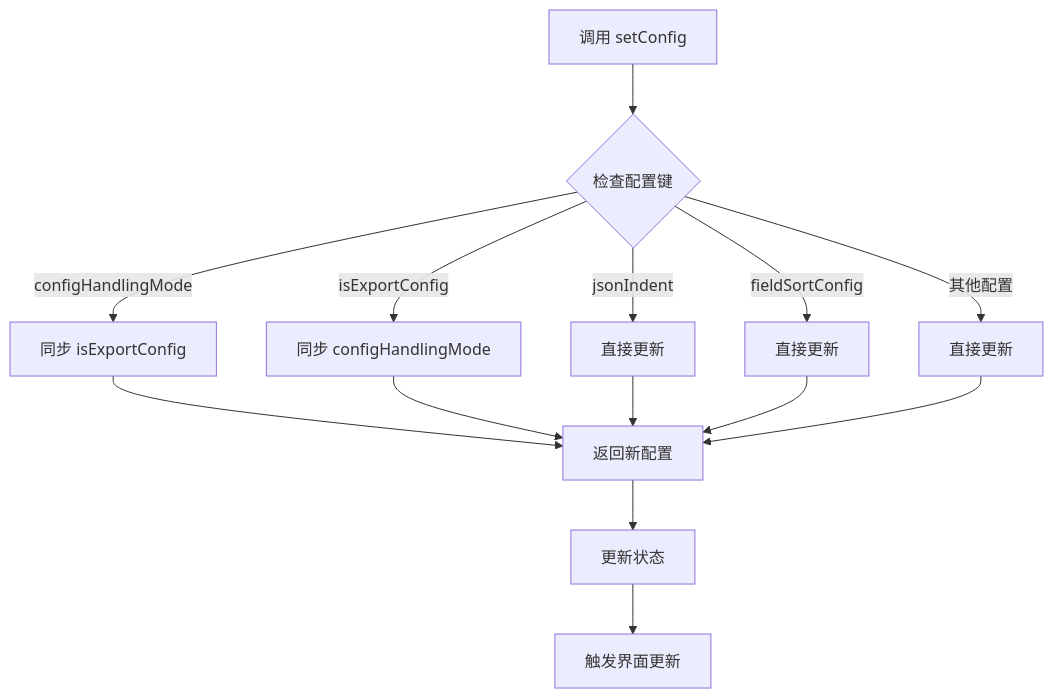
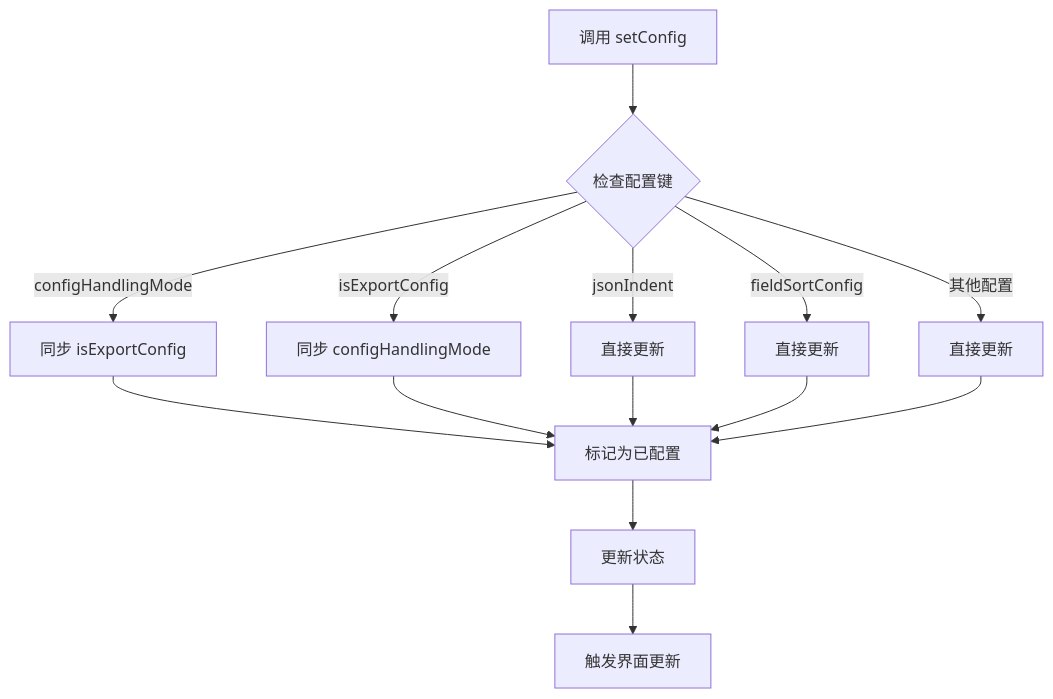
Before and after one commit to kqcoxn/MaaPipelineEditor: the fifth of 20 diagrams in .qoder/repowiki/zh/content/Config Store/Config Store.md, drawn with Mermaid. The commit also changed other lines of this file and 50 other files, not shown here.

````diff
--- a/.qoder/repowiki/zh/content/Config Store/Config Store.md
+++ b/.qoder/repowiki/zh/content/Config Store/Config Store.md
@@ -276,16 +309,16 @@
 ```mermaid
 flowchart TD
 A[调用 setConfig] --> B{检查配置键}
 B --> |configHandlingMode| C[同步 isExportConfig]
 B --> |isExportConfig| D[同步 configHandlingMode]
 B --> |jsonIndent| E[直接更新]
 B --> |fieldSortConfig| F[直接更新]
 B --> |其他配置| G[直接更新]
-C --> H[返回新配置]
+C --> H[标记为已配置]
 D --> H
 E --> H
 F --> H
 G --> H
 H --> I[更新状态]
 I --> J[触发界面更新]
 ```
````
